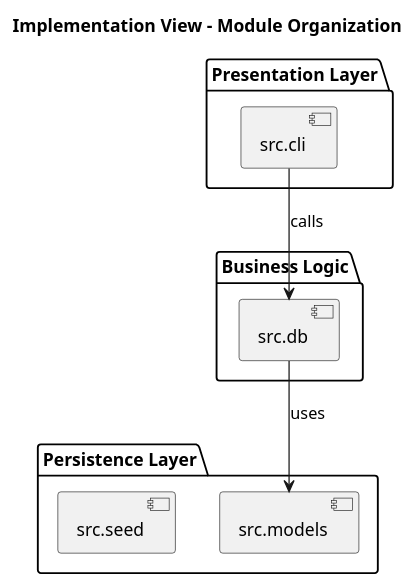
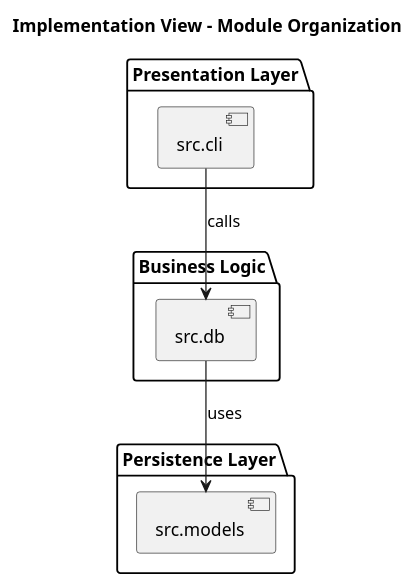
One commit to Sersium/log430lab123 changed the diagram in docs/UML/implementation_view.puml. Above: the diagram before and after it, drawn with PlantUML. The commit also changed 1 other file, not shown here.

Commit message:
Update README and UML documentation: reorganize sections and remove seed script references

```diff
--- a/docs/UML/implementation_view.puml
+++ b/docs/UML/implementation_view.puml
@@ -1,16 +1,15 @@
 @startuml implementation_view
 title Implementation View - Module Organization
 package "Presentation Layer" {
   [src.cli]
 }
 package "Business Logic" {
   [src.db]
 }
 package "Persistence Layer" {
   [src.models]
-  [src.seed]
 }
 
 src.cli --> src.db : calls
 src.db --> src.models : uses
 @enduml
```
